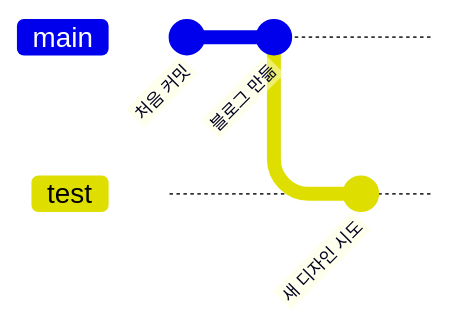
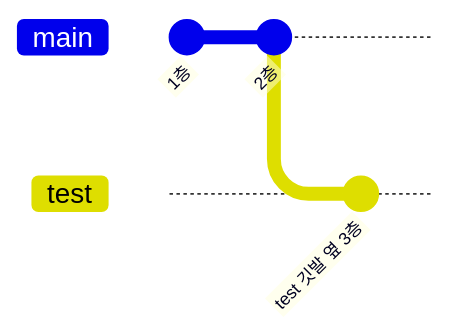
One commit to skinopero/my-blog changed the third of 6 diagrams in _posts/2026-08-31-개념 총설명.md. Above: the diagram before and after it, drawn with Mermaid. The commit also changed other lines of this file and 2 other files, not shown here.

````diff
--- a/_posts/2026-08-31-개념 총설명.md
+++ b/_posts/2026-08-31-개념 총설명.md
@@ -88,9 +87,9 @@
 ```mermaid
 gitGraph
-    commit id: "처음 커밋"
-    commit id: "블로그 만듦"
+    commit id: "1층"
+    commit id: "2층"
     branch test
     checkout test
-    commit id: "새 디자인 시도"
+    commit id: "test 깃발 옆 3층"
     checkout main
 ```
````
